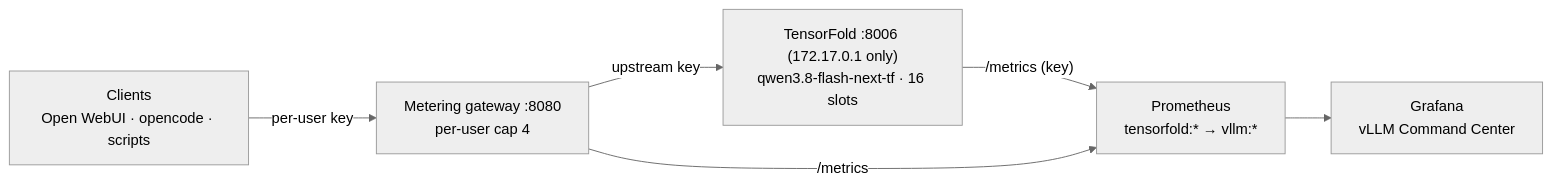
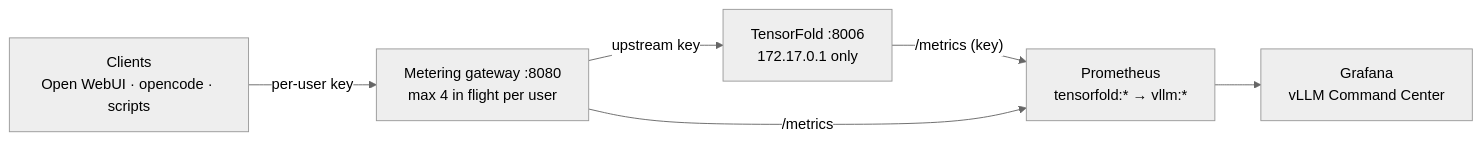
One commit to Hitheshkaranth/Qwen-3_8_Flash_Next_TensorFold_Model_DGX_Spark_Setup changed the third of 3 diagrams in README.md. Above: the diagram before and after it, drawn with Mermaid (neutral theme). The commit also changed other lines of this file and 17 other files, not shown here.

````diff
--- a/README.md
+++ b/README.md
@@ -62,7 +126,7 @@
 ```mermaid
 flowchart LR
-    C["Clients<br/>Open WebUI · opencode · scripts"] -->|"per-user key"| G["Metering gateway :8080<br/>per-user cap 4"]
-    G -->|"upstream key"| T["TensorFold :8006 (172.17.0.1 only)<br/>qwen3.8-flash-next-tf · 16 slots"]
+    C["Clients<br/>Open WebUI · opencode · scripts"] -->|"per-user key"| G["Metering gateway :8080<br/>max 4 in flight per user"]
+    G -->|"upstream key"| T["TensorFold :8006<br/>172.17.0.1 only"]
     T -->|"/metrics (key)"| PR["Prometheus<br/>tensorfold:* → vllm:*"] --> GR["Grafana<br/>vLLM Command Center"]
     G -->|"/metrics"| PR
 ```
````
